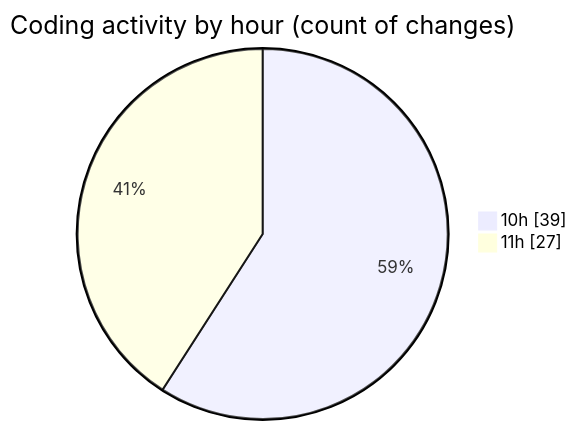
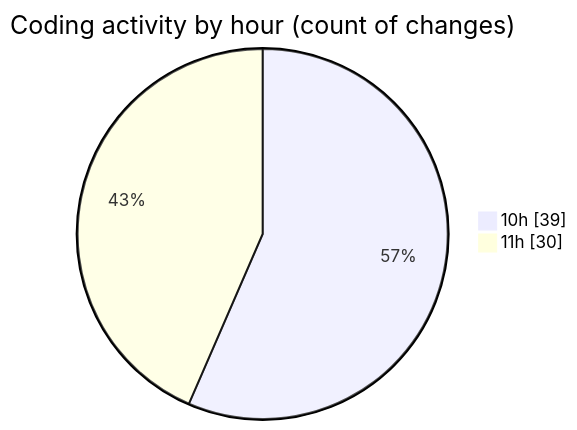
One commit to CELIANVF/code-tracking changed the second of 2 diagrams in 2025-04-15/portfolio/README.md. Above: the diagram before and after it, drawn with Mermaid. The commit also changed other lines of this file and 1 other file, not shown here.

````diff
--- a/2025-04-15/portfolio/README.md
+++ b/2025-04-15/portfolio/README.md
@@ -30,6 +30,6 @@
 ```mermaid
 pie showData
 title Coding activity by hour (count of changes)
 "10h" : 39
-"11h" : 27
+"11h" : 30
 ```
````
